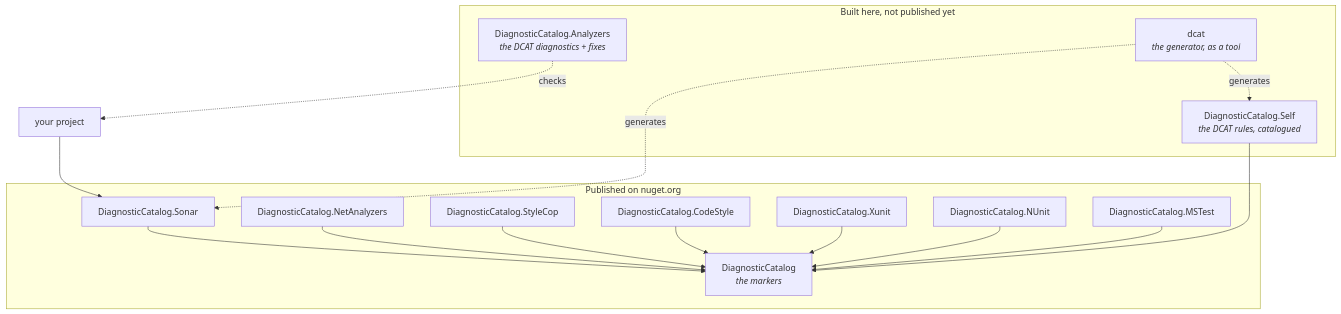
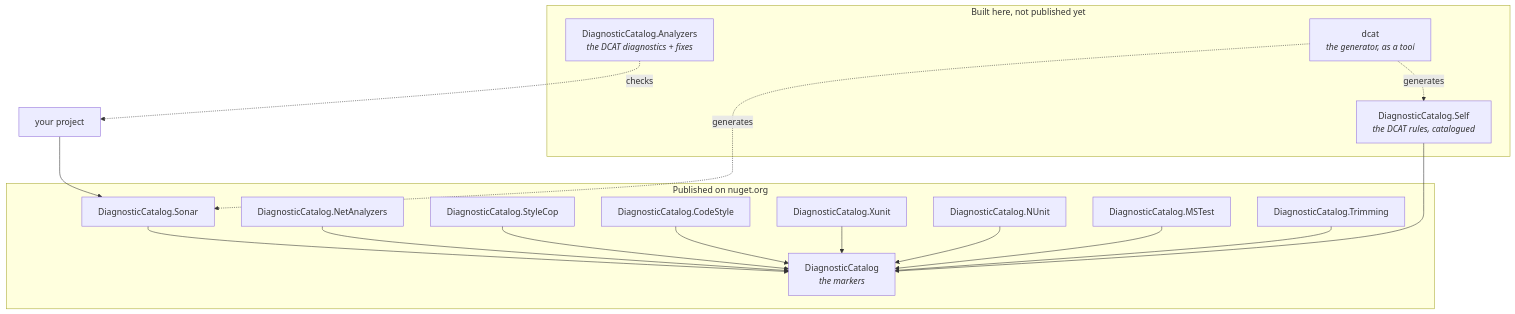
The second of 2 diagrams in doc/guide/concepts.en.md (Reefact/diagnostic-catalog), drawn with Mermaid before and after one commit. The commit also changed other lines of this file and 50 other files, not shown here.

````diff
--- a/doc/guide/concepts.en.md
+++ b/doc/guide/concepts.en.md
@@ -76,30 +76,32 @@
 ```mermaid
 flowchart TB
     subgraph PUB["Published on nuget.org"]
         F["DiagnosticCatalog<br/><i>the markers</i>"]
         S["DiagnosticCatalog.Sonar"]
         N["DiagnosticCatalog.NetAnalyzers"]
         T["DiagnosticCatalog.StyleCop"]
         CS["DiagnosticCatalog.CodeStyle"]
         XU["DiagnosticCatalog.Xunit"]
         NU["DiagnosticCatalog.NUnit"]
         MS["DiagnosticCatalog.MSTest"]
+        TR["DiagnosticCatalog.Trimming"]
         S --> F
         N --> F
         T --> F
         CS --> F
         XU --> F
         NU --> F
         MS --> F
+        TR --> F
     end
     subgraph SOON["Built here, not published yet"]
         A["DiagnosticCatalog.Analyzers<br/><i>the DCAT diagnostics + fixes</i>"]
         SELF["DiagnosticCatalog.Self<br/><i>the DCAT rules, catalogued</i>"]
         CLI["dcat<br/><i>the generator, as a tool</i>"]
         SELF --> F
     end
     YOU["your project"] --> S
     A -. "checks" .-> YOU
     CLI -. "generates" .-> S
     CLI -. "generates" .-> SELF
 ```
````
